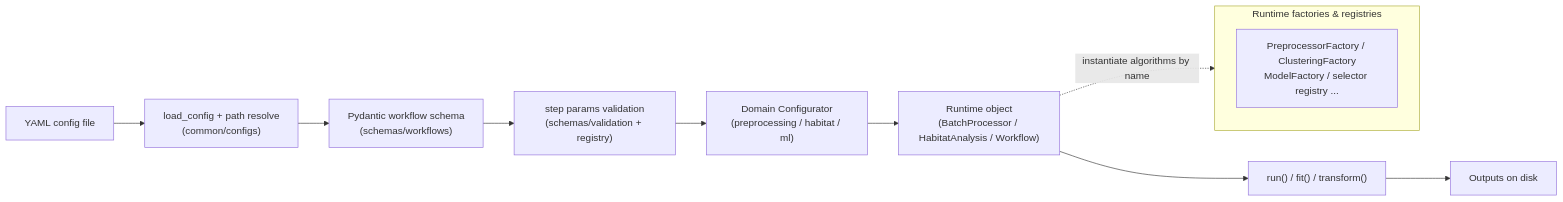
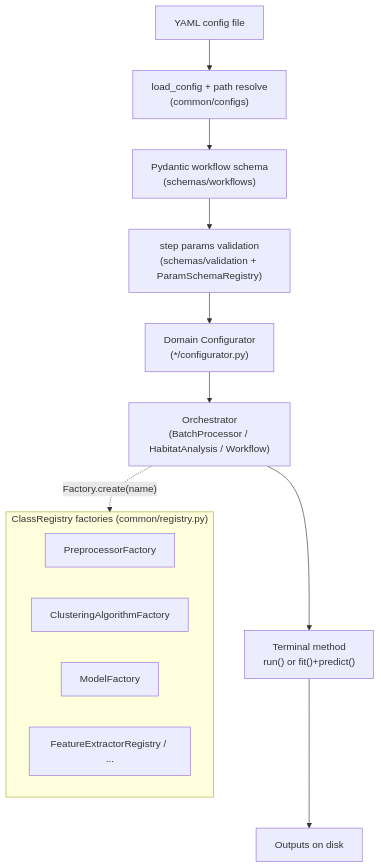
Before and after one commit to lichao312214129/HABIT: the third of 5 diagrams in docs/source/development/architecture.rst, drawn with Mermaid. The commit also changed other lines of this file and 23 other files, not shown here.

```diff
--- a/docs/source/development/architecture.rst
+++ b/docs/source/development/architecture.rst
@@ -122,15 +134,18 @@
 .. mermaid::
 
-   flowchart LR
+   flowchart TD
      Y["YAML config file"] --> L["load_config + path resolve<br/>(common/configs)"]
      L --> S["Pydantic workflow schema<br/>(schemas/workflows)"]
-     S --> V["step params validation<br/>(schemas/validation + registry)"]
-     V --> CFG["Domain Configurator<br/>(preprocessing / habitat / ml)"]
-     CFG --> OBJ["Runtime object<br/>(BatchProcessor / HabitatAnalysis / Workflow)"]
-     OBJ --> RUN["run() / fit() / transform()"]
+     S --> V["step params validation<br/>(schemas/validation + ParamSchemaRegistry)"]
+     V --> CFG["Domain Configurator<br/>(*/configurator.py)"]
+     CFG --> OBJ["Orchestrator<br/>(BatchProcessor / HabitatAnalysis / Workflow)"]
+     OBJ --> RUN["Terminal method<br/>run() or fit()+predict()"]
      RUN --> OUT["Outputs on disk"]
 
-     subgraph Factories["Runtime factories & registries"]
-       F["PreprocessorFactory / ClusteringFactory<br/>ModelFactory / selector registry ..."]
+     subgraph Factories["ClassRegistry factories (common/registry.py)"]
+       F1["PreprocessorFactory"]
+       F2["ClusteringAlgorithmFactory"]
+       F3["ModelFactory"]
+       F4["FeatureExtractorRegistry / ..."]
      end
-     OBJ -.->|instantiate algorithms by name| Factories
+     OBJ -.->|"Factory.create(name)"| Factories
```
